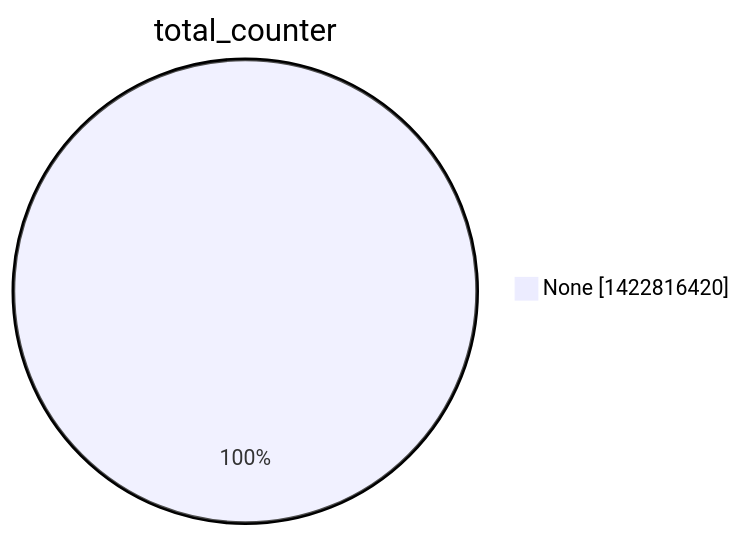
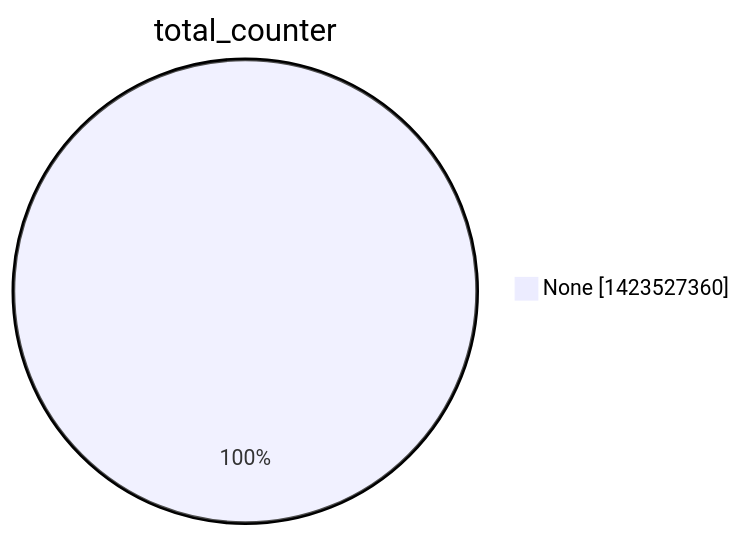
One commit to christiankrug/ctmonitor_visualization changed the second of 15 diagrams in argon2022/README.md. Above: the diagram before and after it, drawn with Mermaid. The commit also changed other lines of this file, not shown here.

````diff
--- a/argon2022/README.md
+++ b/argon2022/README.md
@@ -9,5 +9,5 @@
 ```mermaid
 pie showData
 title total_counter
-"None" :1422816420
+"None" :1423527360
 ```
````
